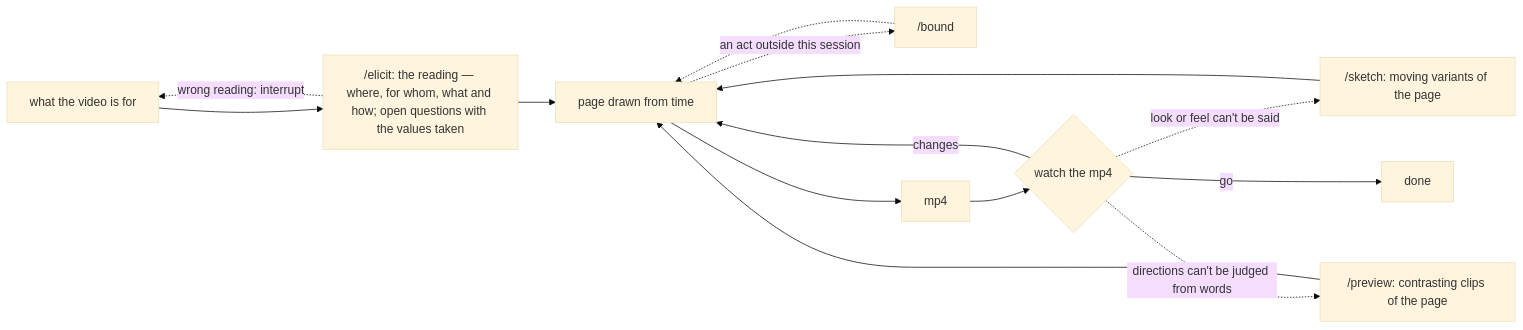
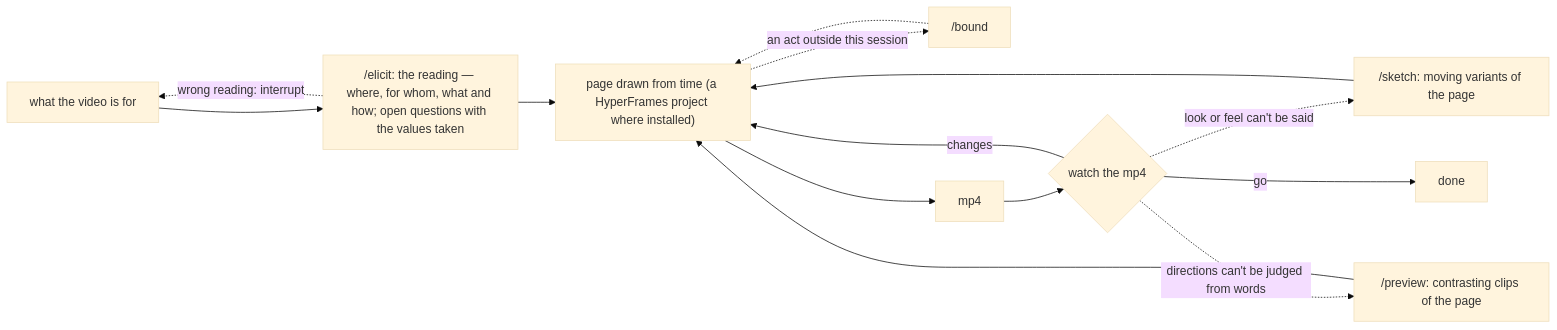
The diagram in motion/README.md (jongwony/cc-plugin), drawn with Mermaid (base theme) before and after one commit. The commit also changed other lines of this file and 4 other files, not shown here.

````diff
--- a/motion/README.md
+++ b/motion/README.md
@@ -5,16 +5,16 @@
 ```mermaid
 flowchart LR
   A[what the video is for] --> B["/elicit: the reading — where, for whom, what and how; open questions with the values taken"]
   B -. wrong reading: interrupt .-> A
-  B --> P[page drawn from time]
+  B --> P["page drawn from time (a HyperFrames project where installed)"]
   P -. an act outside this session .-> D["/bound"]
   D -.-> P
   P --> M[mp4]
   M --> W{watch the mp4}
   W -- changes --> P
   W -. look or feel can't be said .-> S["/sketch: moving variants of the page"]
   W -. directions can't be judged from words .-> V["/preview: contrasting clips of the page"]
   S --> P
   V --> P
   W -- go --> E[done]
 ```
````
